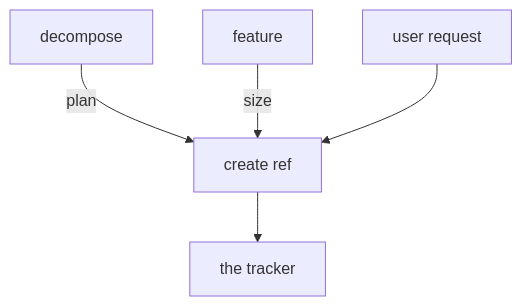
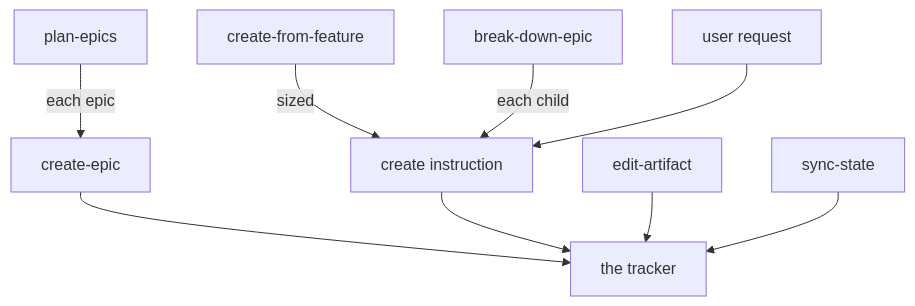
The diagram in skills/product/epic-tracker/SKILL.md (adeonir/agent-skills), drawn with Mermaid before and after one commit. The commit also changed other lines of this file and 28 other files, not shown here.

Commit message:
feat(epic-tracker): give each job its own instruction and move the templates into assets

````diff
--- a/skills/product/epic-tracker/SKILL.md
+++ b/skills/product/epic-tracker/SKILL.md
@@ -24,7 +39,11 @@
 ```mermaid
 flowchart TD
-    DE[decompose] -->|plan| CR[create ref]
-    FE[feature] -->|size| CR
+    PE[plan-epics] -->|each epic| CE[create-epic]
+    FE[create-from-feature] -->|sized| CR[create instruction]
+    BD[break-down-epic] -->|each child| CR
     UR[user request] --> CR
-    CR --> out[the tracker]
+    CE --> out[the tracker]
+    CR --> out
+    EA[edit-artifact] --> out
+    SS[sync-state] --> out
 ```
````
